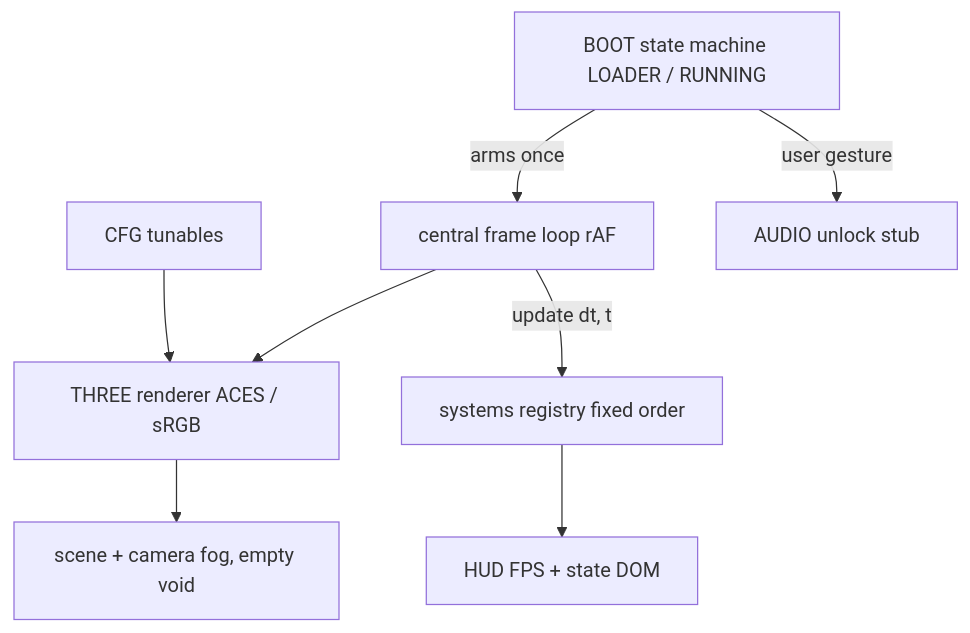
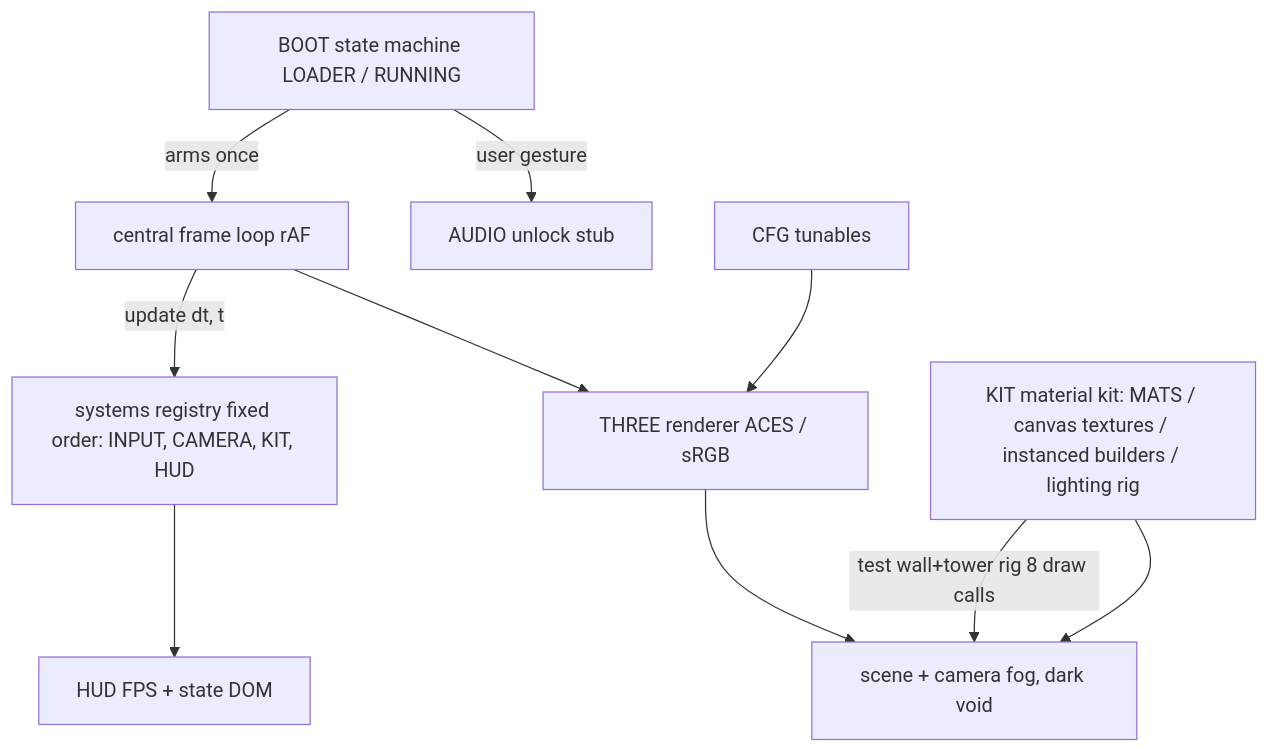
The diagram in brain/architecture.md (dilled/3dVoxelDemo), drawn with Mermaid before and after one commit. The commit also changed other lines of this file and 7 other files, not shown here.

Commit message:
M2: procedural voxel material kit — KIT system with MATS library, canvas textures (LED grids, QWEN/UNSLOTH holo signs, glow), InstancedBox/Cylinder builders, merged-geometry batcher, lighting rig, and 8-draw-call gate test wall/tower; smoke-verified < 10 draw calls + live animation

````diff
--- a/brain/architecture.md
+++ b/brain/architecture.md
@@ -16,10 +14,12 @@
 ```mermaid
 graph TD
   CFG[CFG tunables] --> R
   BOOT[BOOT state machine LOADER / RUNNING] -->|user gesture| AUDIO[AUDIO unlock stub]
   BOOT -->|arms once| LOOP[central frame loop rAF]
-  LOOP -->|update dt, t| REG[systems registry fixed order]
+  LOOP -->|update dt, t| REG[systems registry fixed order: INPUT, CAMERA, KIT, HUD]
   REG --> HUD[HUD FPS + state DOM]
+  KIT[KIT material kit: MATS / canvas textures / instanced builders / lighting rig] --> SC
+  KIT -->|test wall+tower rig 8 draw calls| SC
   LOOP --> R[THREE renderer ACES / sRGB]
-  R --> SC[scene + camera fog, empty void]
+  R --> SC[scene + camera fog, dark void]
 ```
````
